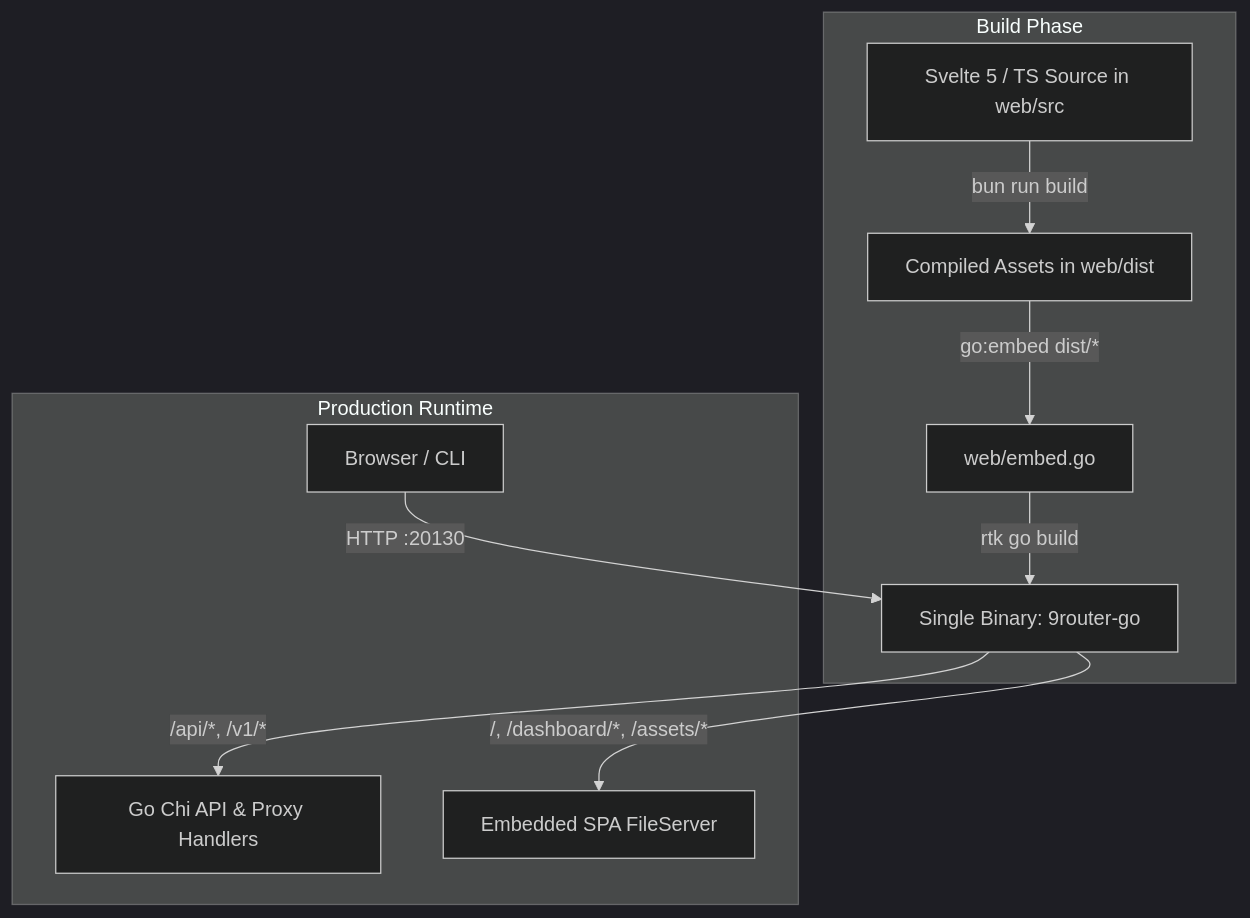
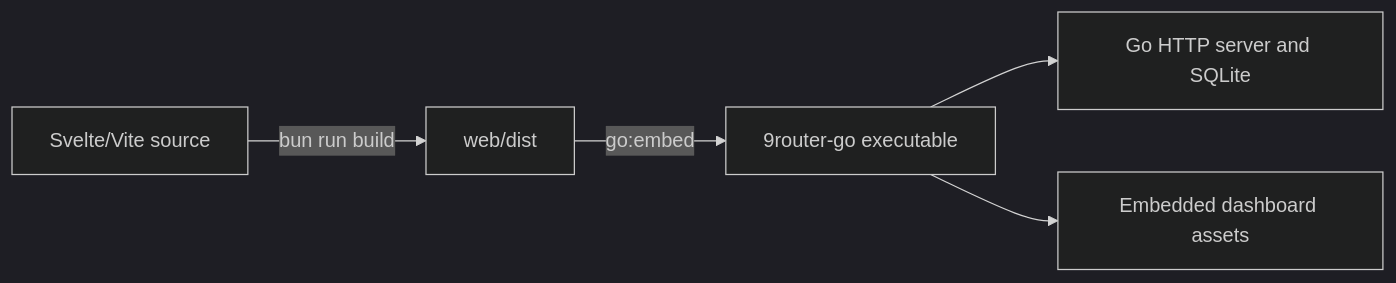
The diagram in docs/BUILD_DASHBOARD.md (satriazoid/9router-go), drawn with Mermaid (dark theme) before and after one commit. The commit also changed other lines of this file and 70 other files, not shown here.

````diff
--- a/docs/BUILD_DASHBOARD.md
+++ b/docs/BUILD_DASHBOARD.md
@@ -47,14 +9,7 @@
 ```mermaid
-graph TD
-    subgraph Build Phase
-        A[Svelte 5 / TS Source in web/src] -->|bun run build| B[Compiled Assets in web/dist]
-        B -->|go:embed dist/*| C[web/embed.go]
-        C -->|rtk go build| D[Single Binary: 9router-go]
-    end
-
-    subgraph Production Runtime
-        Client[Browser / CLI] -->|HTTP :20130| D
-        D -->|/api/*, /v1/*| E[Go Chi API & Proxy Handlers]
-        D -->|/, /dashboard/*, /assets/*| F[Embedded SPA FileServer]
-    end
+graph LR
+  S[Svelte/Vite source] -->|bun run build| D[web/dist]
+  D -->|go:embed| B[9router-go executable]
+  B --> H[Go HTTP server and SQLite]
+  B --> W[Embedded dashboard assets]
 ```
````
